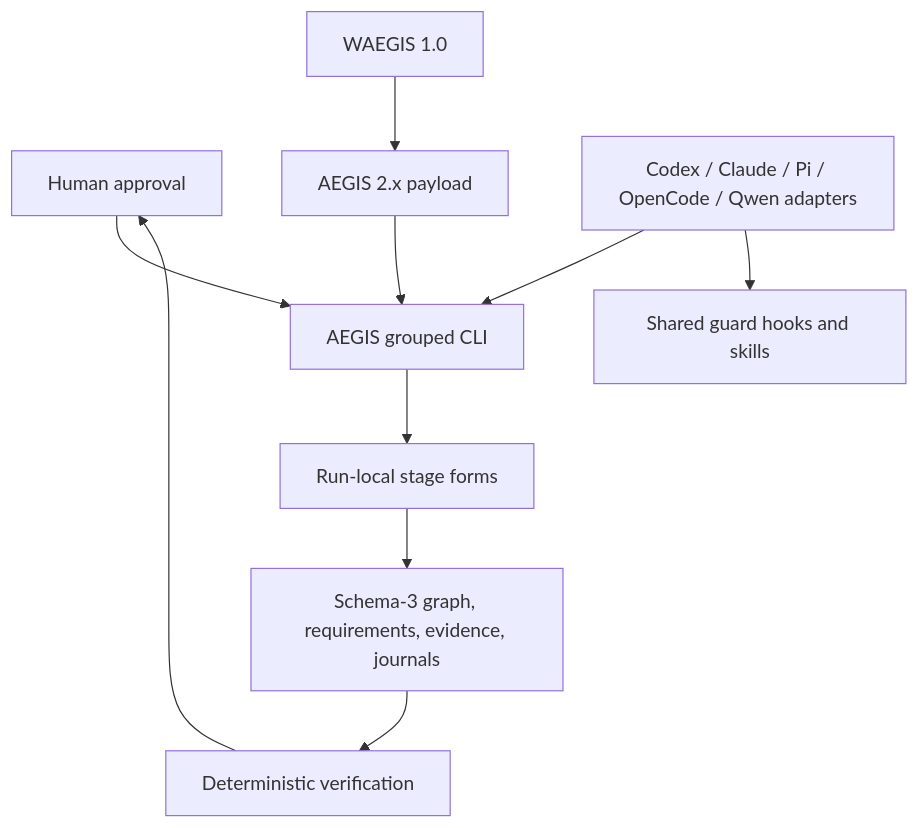
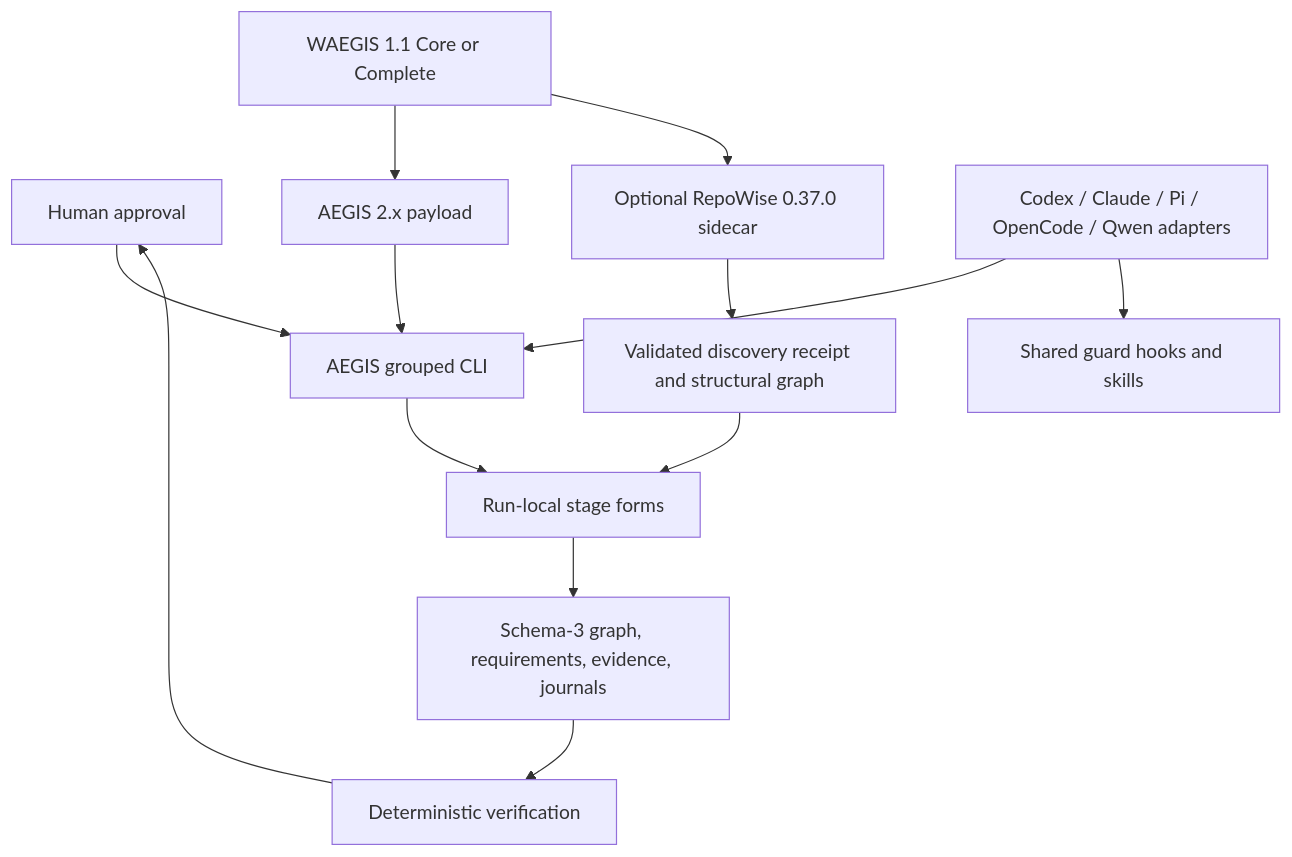
One commit to DDP-Engineering/Agentic_Engineering_Governance_Integrity_System changed the first of 2 diagrams in 00_Planning/Agentic_Development_Architecture/Agentic_Development_Stack_Architecture.md. Above: the diagram before and after it, drawn with Mermaid. The commit also changed other lines of this file and 61 other files, not shown here.

Commit message:
AEGIS 2.1 / WAEGIS 1.1 work in progress.

````diff
--- a/00_Planning/Agentic_Development_Architecture/Agentic_Development_Stack_Architecture.md
+++ b/00_Planning/Agentic_Development_Architecture/Agentic_Development_Stack_Architecture.md
@@ -22,12 +23,15 @@
 ```mermaid
 flowchart TB
   H["Human approval"] --> C["AEGIS grouped CLI"]
   C --> F["Run-local stage forms"]
   F --> G["Schema-3 graph, requirements, evidence, journals"]
   G --> V["Deterministic verification"]
   V --> H
-  W["WAEGIS 1.0"] --> P["AEGIS 2.x payload"]
+  W["WAEGIS 1.1 Core or Complete"] --> P["AEGIS 2.x payload"]
   P --> C
+  W --> R["Optional RepoWise 0.37.0 sidecar"]
+  R --> S["Validated discovery receipt and structural graph"]
+  S --> F
   A["Codex / Claude / Pi / OpenCode / Qwen adapters"] --> C
   A --> K["Shared guard hooks and skills"]
 ```
````
